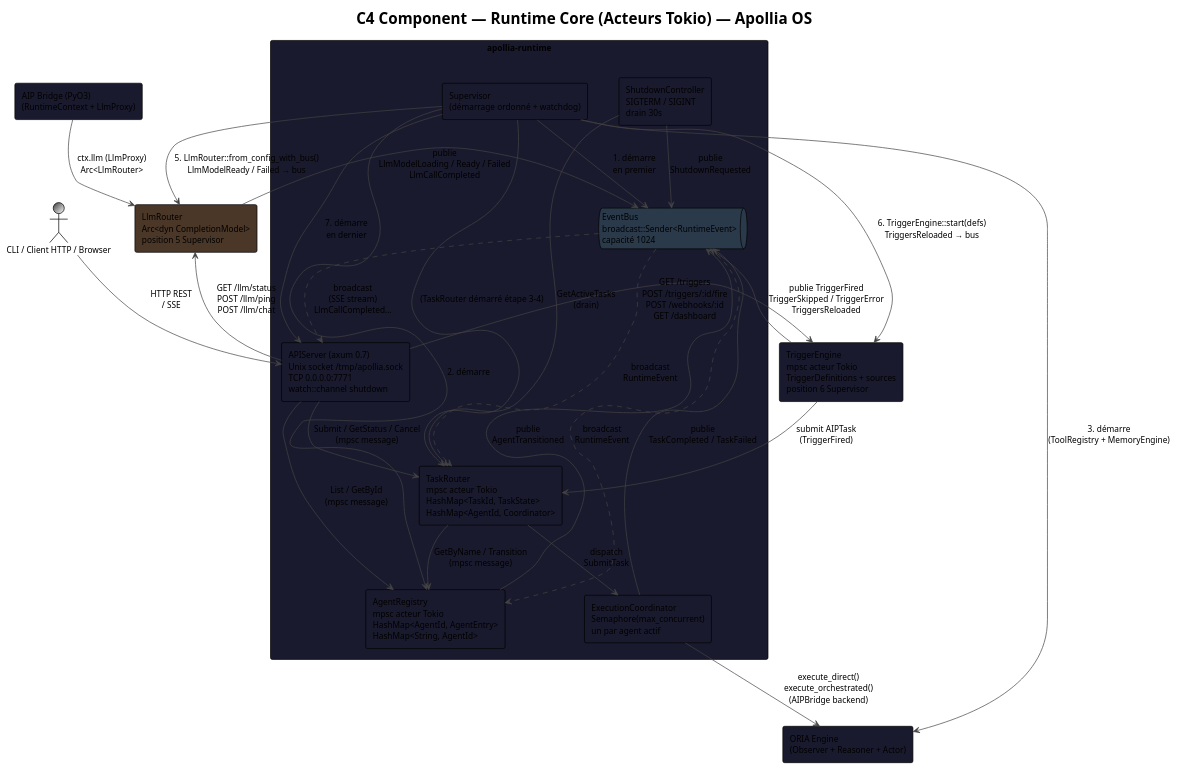
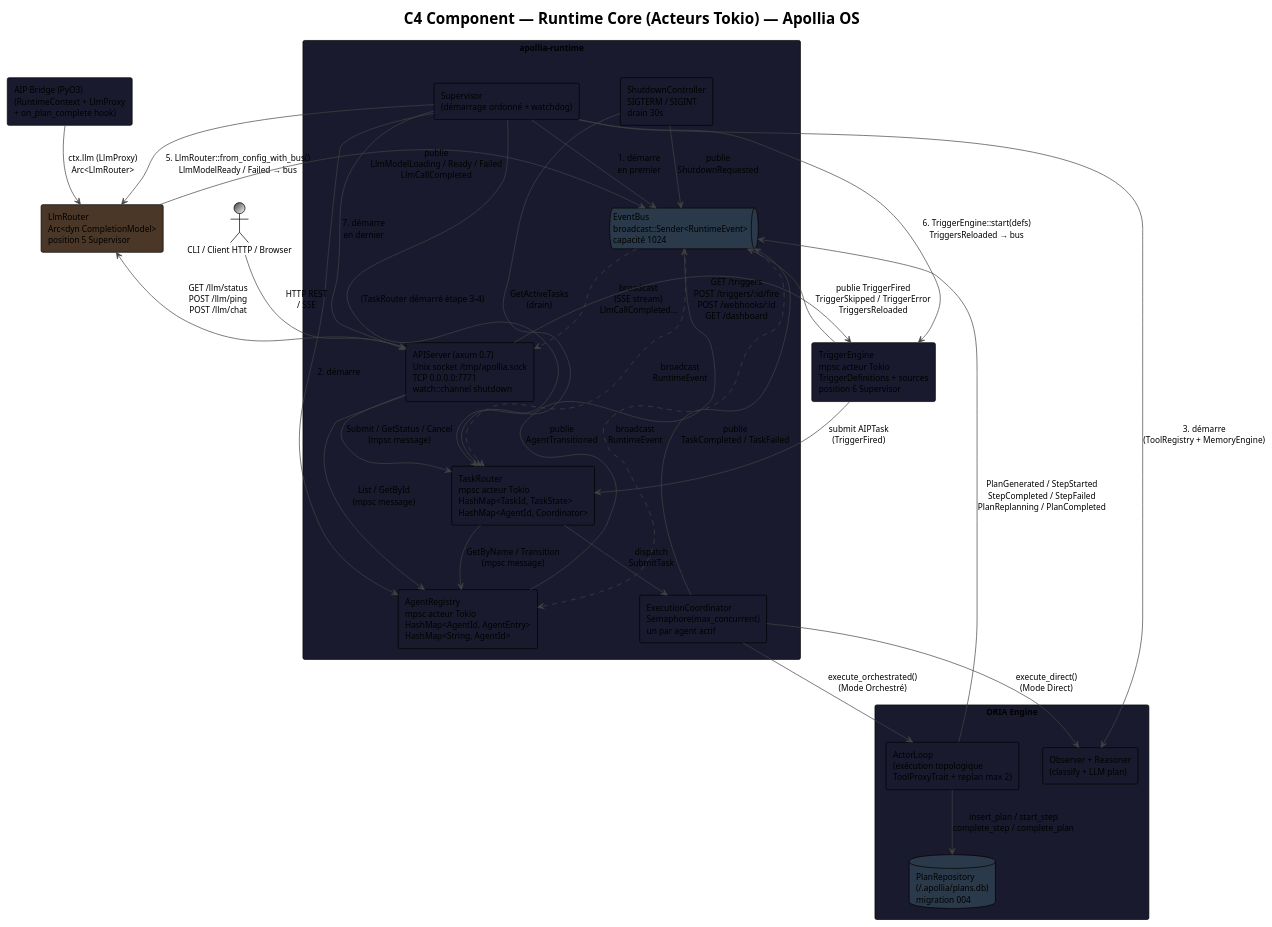
The diagram in docs/diagrams/c4-component-runtime-core.puml (nidal-z/apollia-os), drawn with PlantUML before and after one commit. The commit also changed 10 other files, not shown here.

First line of the commit message:
feat(agents): add orchestration mode documentation and diagrams

```diff
--- a/docs/diagrams/c4-component-runtime-core.puml
+++ b/docs/diagrams/c4-component-runtime-core.puml
@@ -1,73 +1,80 @@
 @startuml c4-component-runtime-core
 !theme plain
 skinparam backgroundColor #FFFFFF
 skinparam defaultFontName "JetBrains Mono"
 skinparam defaultFontSize 12
 skinparam ArrowColor #444444
 skinparam BorderColor #444444
 
 title C4 Component — Runtime Core (Acteurs Tokio) — Apollia OS
 
 rectangle "apollia-runtime" as runtime #1a1a2e {
 
   rectangle "Supervisor\n(démarrage ordonné + watchdog)" as sup #1a1a2e
 
   queue "EventBus\nbroadcast::Sender<RuntimeEvent>\ncapacité 1024" as bus #2a3a4a
 
   rectangle "AgentRegistry\nmpsc acteur Tokio\nHashMap<AgentId, AgentEntry>\nHashMap<String, AgentId>" as reg #1a1a2e
 
   rectangle "TaskRouter\nmpsc acteur Tokio\nHashMap<TaskId, TaskState>\nHashMap<AgentId, Coordinator>" as router #1a1a2e
 
   rectangle "ExecutionCoordinator\nSemaphore(max_concurrent)\nun par agent actif" as coord #1a1a2e
 
   rectangle "APIServer (axum 0.7)\nUnix socket /tmp/apollia.sock\nTCP 0.0.0.0:7771\nwatch::channel shutdown" as api #1a1a2e
 
   rectangle "ShutdownController\nSIGTERM / SIGINT\ndrain 30s" as shutdown #1a1a2e
 }
 
 rectangle "LlmRouter\nArc<dyn CompletionModel>\nposition 5 Supervisor" as llm #4a3728
 
 rectangle "TriggerEngine\nmpsc acteur Tokio\nTriggerDefinitions + sources\nposition 6 Supervisor" as trig #1a1a2e
 
-rectangle "ORIA Engine\n(Observer + Reasoner + Actor)" as oria #1a1a2e
-rectangle "AIP Bridge (PyO3)\n(RuntimeContext + LlmProxy)" as aip #1a1a2e
+rectangle "ORIA Engine" as oriabox #1a1a2e {
+  rectangle "Observer + Reasoner\n(classify + LLM plan)" as oria #1a1a2e
+  rectangle "ActorLoop\n(exécution topologique\nToolProxyTrait + replan max 2)" as actor #1a1a2e
+  database "PlanRepository\n(~/.apollia/plans.db)\nmigration 004" as plandb #2a3a4a
+}
+rectangle "AIP Bridge (PyO3)\n(RuntimeContext + LlmProxy\n+ on_plan_complete hook)" as aip #1a1a2e
 actor "CLI / Client HTTP / Browser" as cli #3a3a3a/white
 
 ' --- ordre de démarrage Supervisor (1→7) ---
 sup --> bus    : 1. démarre\nen premier
 sup --> reg    : 2. démarre
 sup --> oria   : 3. démarre\n(ToolRegistry + MemoryEngine)
 sup --> llm    : 5. LlmRouter::from_config_with_bus()\nLlmModelReady / Failed → bus
 sup --> trig   : 6. TriggerEngine::start(defs)\nTriggersReloaded → bus
 sup --> router : (TaskRouter démarré étape 3-4)
 sup --> api    : 7. démarre\nen dernier
 
 bus ..> reg    : broadcast\nRuntimeEvent
 bus ..> router : broadcast\nRuntimeEvent
 bus ..> api    : broadcast\n(SSE stream)\nLlmCallCompleted…
 
 reg    --> bus    : publie\nAgentTransitioned
 llm    --> bus    : publie\nLlmModelLoading / Ready / Failed\nLlmCallCompleted
 
 router --> reg    : GetByName / Transition\n(mpsc message)
 router --> coord  : dispatch\nSubmitTask
 
-coord  --> oria   : execute_direct()\nexecute_orchestrated()\n(AIPBridge backend)
+coord  --> oria   : execute_direct()\n(Mode Direct)
+coord  --> actor  : execute_orchestrated()\n(Mode Orchestré)
+actor  --> plandb : insert_plan / start_step\ncomplete_step / complete_plan
+actor  --> bus    : PlanGenerated / StepStarted\nStepCompleted / StepFailed\nPlanReplanning / PlanCompleted
 coord  --> bus    : publie\nTaskCompleted / TaskFailed
 
 api    --> router : Submit / GetStatus / Cancel\n(mpsc message)
 api    --> reg    : List / GetById\n(mpsc message)
 api    --> llm    : GET /llm/status\nPOST /llm/ping\nPOST /llm/chat
 api    --> trig   : GET /triggers\nPOST /triggers/:id/fire\nPOST /webhooks/:id\nGET /dashboard
 
 trig   --> router : submit AIPTask\n(TriggerFired)
 trig   --> bus    : publie TriggerFired\nTriggerSkipped / TriggerError\nTriggersReloaded
 
 aip    --> llm    : ctx.llm (LlmProxy)\nArc<LlmRouter>
 
 shutdown --> bus    : publie\nShutdownRequested
 shutdown --> router : GetActiveTasks\n(drain)
 
 cli --> api : HTTP REST\n/ SSE
 
 @enduml
```
